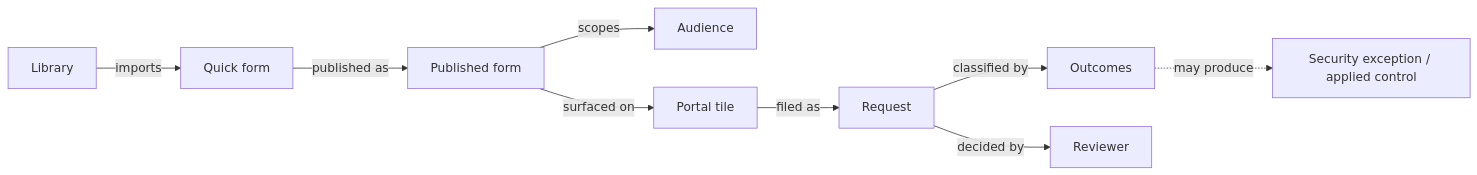
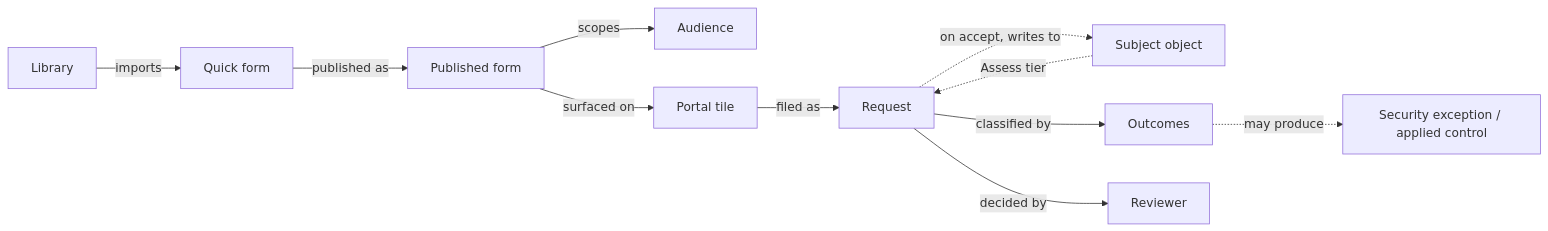
One commit to intuitem/ciso-assistant-community changed the first of 2 diagrams in product-docs/concepts/quick-forms.md. Above: the diagram before and after it, drawn with Mermaid. The commit also changed other lines of this file and 3 other files, not shown here.

````diff
--- a/product-docs/concepts/quick-forms.md
+++ b/product-docs/concepts/quick-forms.md
@@ -21,11 +21,13 @@
 ```mermaid
 graph LR
   LIB[Library] -->|imports| QF[Quick form]
   QF -->|published as| PUB[Published form]
   PUB -->|scopes| AUD[Audience]
   PUB -->|surfaced on| POR[Portal tile]
   POR -->|filed as| REQ[Request]
+  SUBJ[Subject object] -.->|Assess tier| REQ
   REQ -->|classified by| OUT[Outcomes]
   REQ -->|decided by| REV[Reviewer]
   OUT -.->|may produce| OBJ[Security exception / applied control]
+  REQ -.->|on accept, writes to| SUBJ
 ```
````
